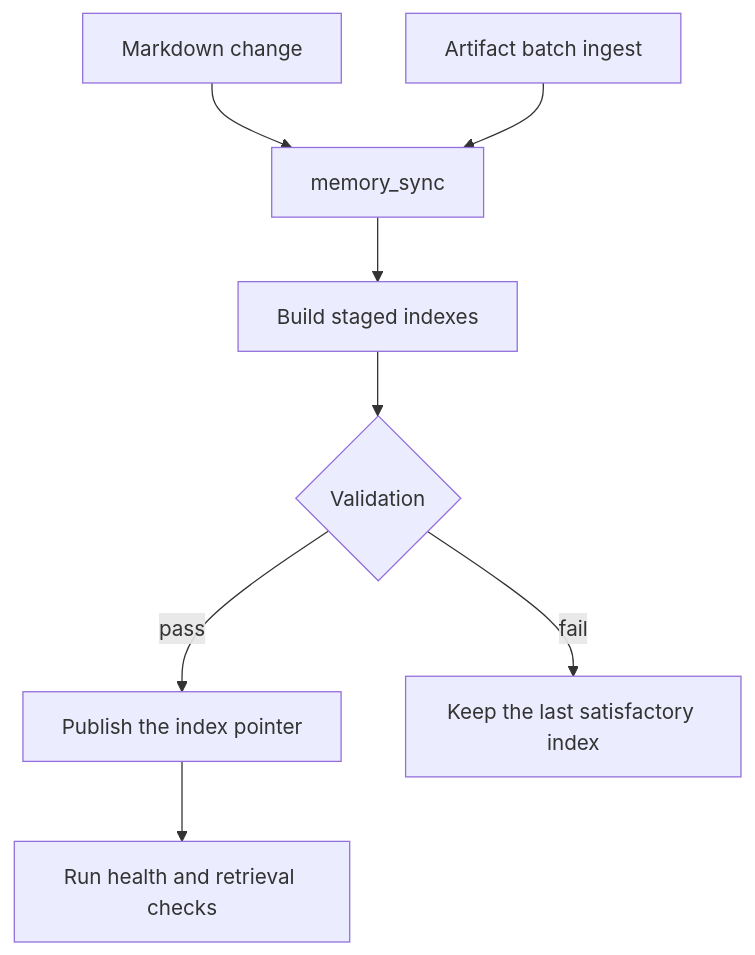
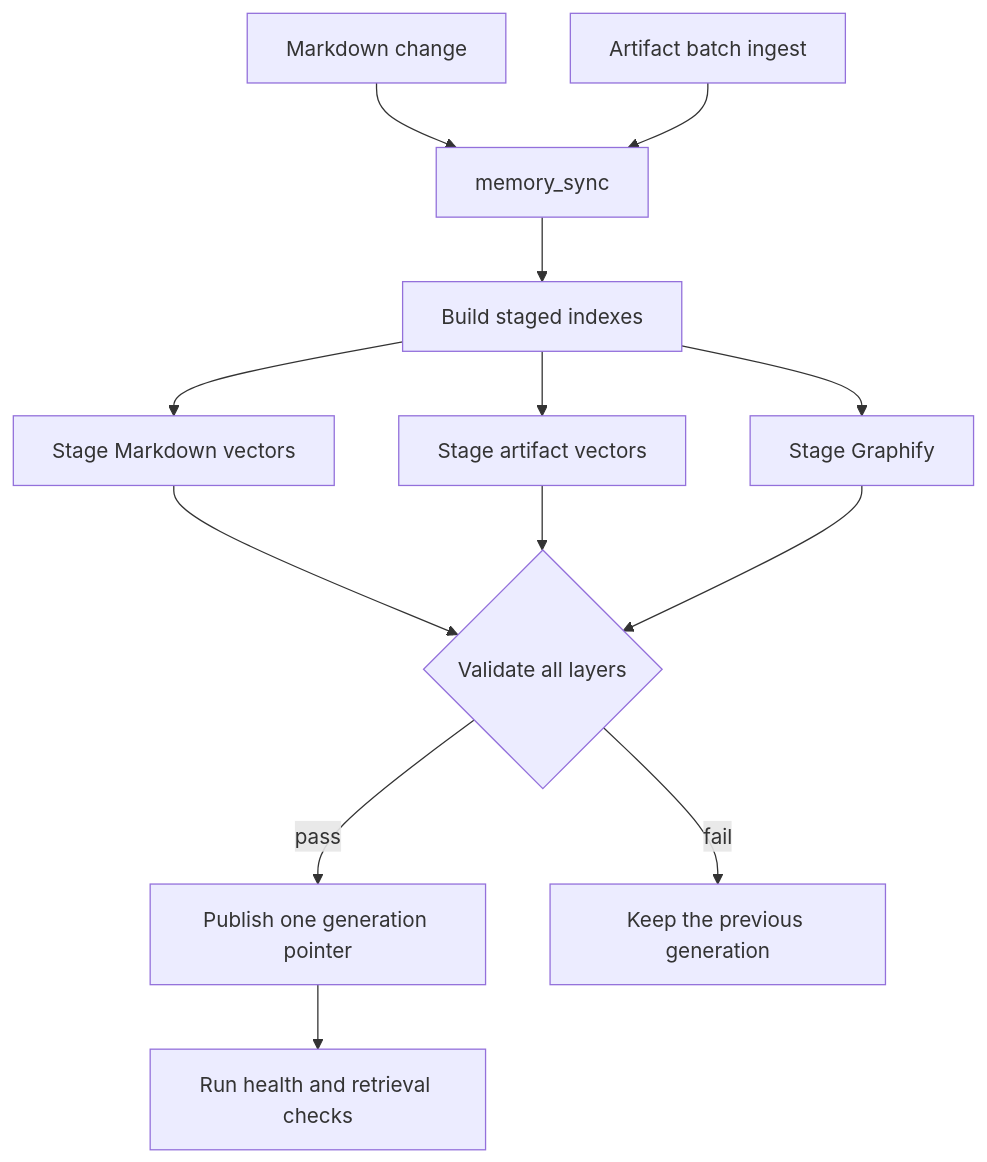
One commit to moorej2400/ai-memory-mcp changed the third of 3 diagrams in README.md. Above: the diagram before and after it, drawn with Mermaid. The commit also changed other lines of this file and 40 other files, not shown here.

````diff
--- a/README.md
+++ b/README.md
@@ -131,10 +131,15 @@
 ```mermaid
 flowchart TB
     MdChange["Markdown change"] --> Sync["memory_sync"]
     ArtChange["Artifact batch ingest"] --> Sync
     Sync --> Stage["Build staged indexes"]
-    Stage --> Validate{"Validation"}
-    Validate -->|pass| Publish["Publish the index pointer"]
-    Validate -->|fail| Keep["Keep the last satisfactory index"]
+    Stage --> Md["Stage Markdown vectors"]
+    Stage --> Art["Stage artifact vectors"]
+    Stage --> Graph["Stage Graphify"]
+    Md --> Validate{"Validate all layers"}
+    Art --> Validate
+    Graph --> Validate
+    Validate -->|pass| Publish["Publish one generation pointer"]
+    Validate -->|fail| Keep["Keep the previous generation"]
     Publish --> Health["Run health and retrieval checks"]
 ```
````
